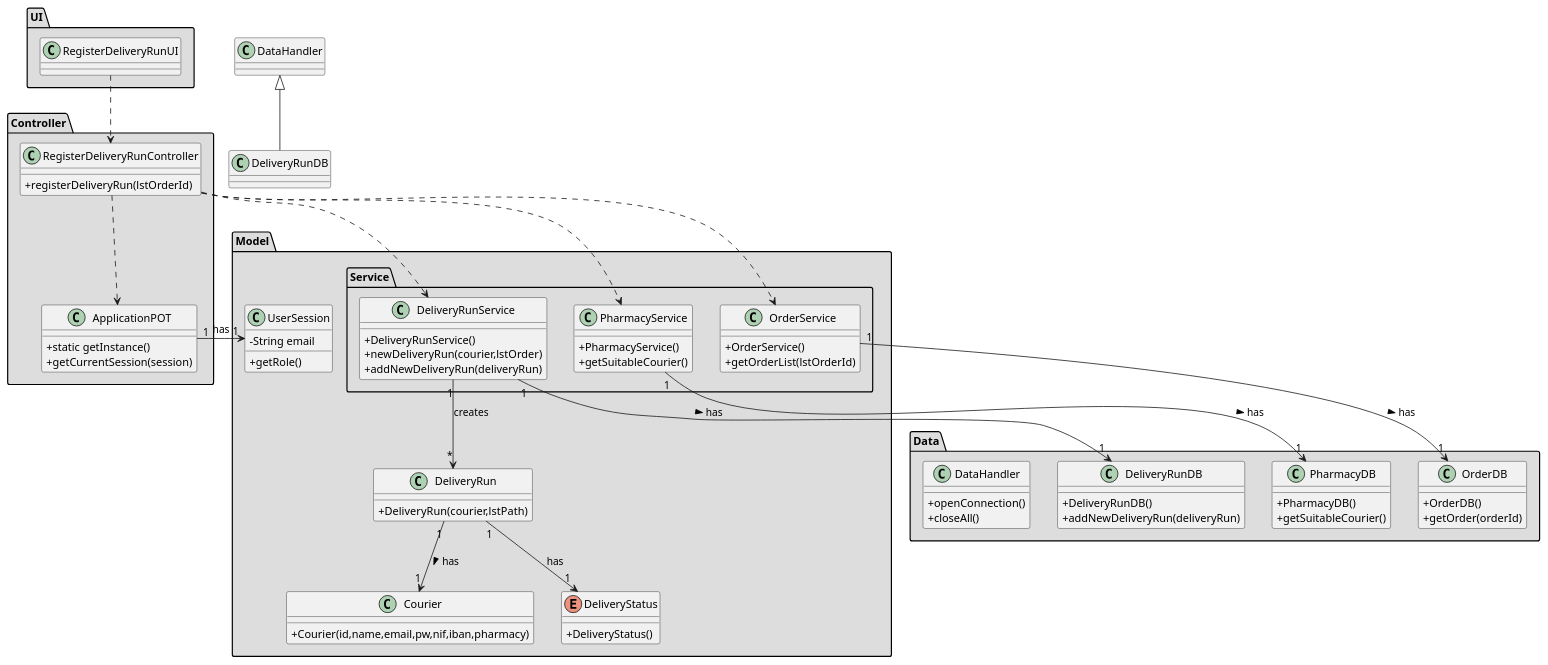
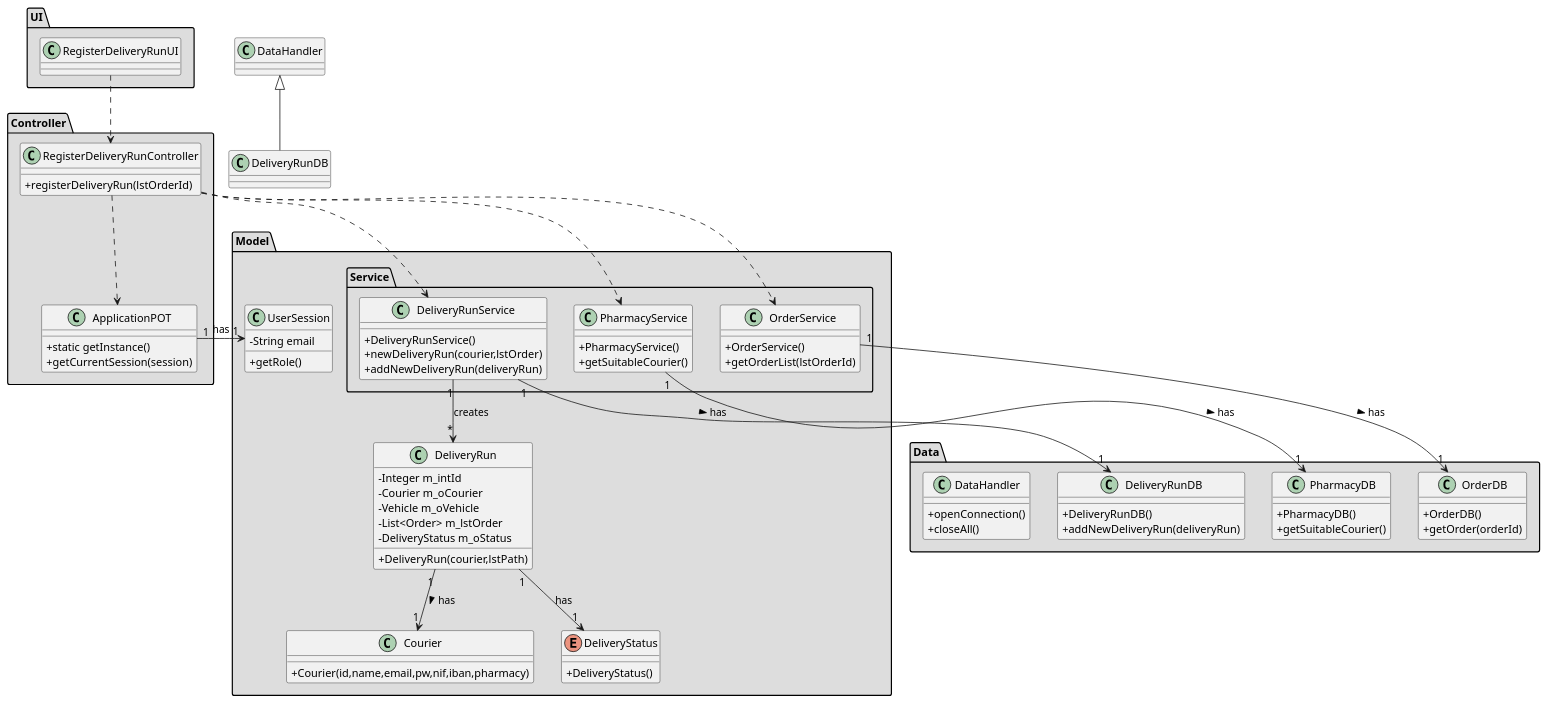
Before and after one commit to tiagoavcosta25/LAPR3: the diagram in docs/Iteration 2/Delivery Management/US206_RegisterDeliveryRun/US206_CD.puml, drawn with PlantUML. The commit also changed 9 other files, not shown here.

```diff
--- a/docs/Iteration 2/Delivery Management/US206_RegisterDeliveryRun/US206_CD.puml
+++ b/docs/Iteration 2/Delivery Management/US206_RegisterDeliveryRun/US206_CD.puml
@@ -1,120 +1,125 @@
 @startuml
 skinparam classAttributeIconSize 0
 
 
 package "Controller" #DDDDDD {
 class ApplicationPOT
 {
   +static getInstance()
   +getCurrentSession(session)
 }
 }
 
 package "Data" #DDDDDD {
 
 class DeliveryRunDB {
 +DeliveryRunDB()
 +addNewDeliveryRun(deliveryRun)
 }
 
 class PharmacyDB {
 +PharmacyDB()
 +getSuitableCourier()
 }
 
 class OrderDB {
 +OrderDB()
 +getOrder(orderId)
 }
 
 class DataHandler{
 +openConnection()
 +closeAll()
 }
 
 }
 
 package "UI" #DDDDDD {
 class RegisterDeliveryRunUI{
 
 }
 
 
 
 }
 
 
 package "Controller" #DDDDDD {
 class RegisterDeliveryRunController{
 +registerDeliveryRun(lstOrderId)
 }
 }
 
 
 package "Model" #DDDDDD {
 
 
 class Courier{
 +Courier(id,name,email,pw,nif,iban,pharmacy)
 }
 
 class DeliveryRun{
+-Integer m_intId
+-Courier m_oCourier
+-Vehicle m_oVehicle
+-List<Order> m_lstOrder
+-DeliveryStatus m_oStatus
 +DeliveryRun(courier,lstPath)
 }
 
 }
 
 package "Model" #DDDDDD {
 class UserSession{
 -String email
 +getRole()
 }
 
 package "Service" #DDDDDD {
 
 
 class DeliveryRunService {
 +DeliveryRunService()
 +newDeliveryRun(courier,lstOrder)
 +addNewDeliveryRun(deliveryRun)
 }
 
 class PharmacyService {
 +PharmacyService()
 +getSuitableCourier()
 }
 
 class OrderService {
 +OrderService()
 +getOrderList(lstOrderId)
 }
 
 }
 
 enum DeliveryStatus{
 +DeliveryStatus()
 }
 }
 
 
 
 
 
 
 RegisterDeliveryRunUI ..> RegisterDeliveryRunController
 RegisterDeliveryRunController ..> DeliveryRunService
 RegisterDeliveryRunController ..> ApplicationPOT
 RegisterDeliveryRunController ..> PharmacyService
 RegisterDeliveryRunController ..> OrderService
 OrderService "1" --> "1" OrderDB : has >
 PharmacyService "1" --> "1" PharmacyDB : has >
 DeliveryRunService "1" --> "1" DeliveryRunDB : has >
 DeliveryRun "1" --> "1" Courier : has >
 DeliveryRun "1" --> "1" DeliveryStatus : has
 
 DeliveryRunService "1" --> "*" DeliveryRun : creates
 
 class DeliveryRunDB extends DataHandler
 ApplicationPOT "1" -> "1" UserSession : has
 
 @enduml
```
